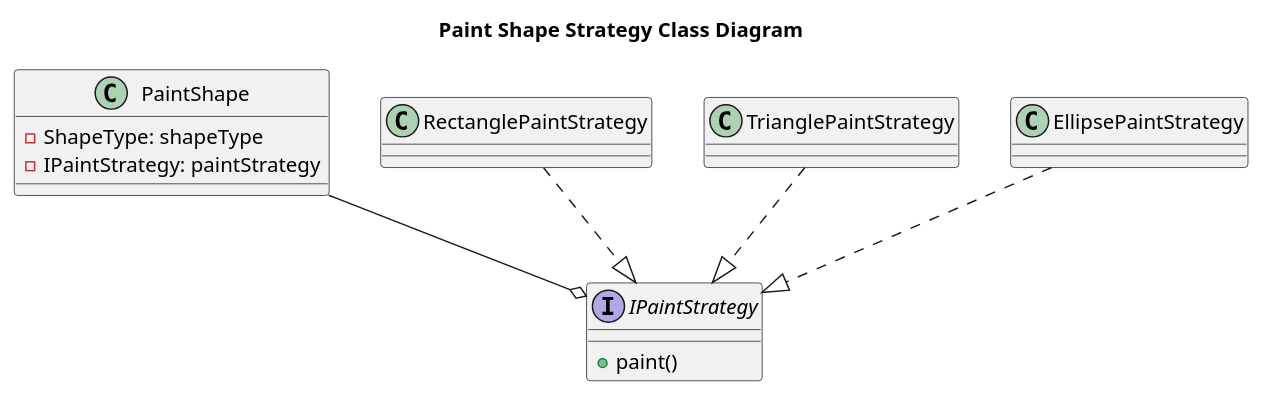
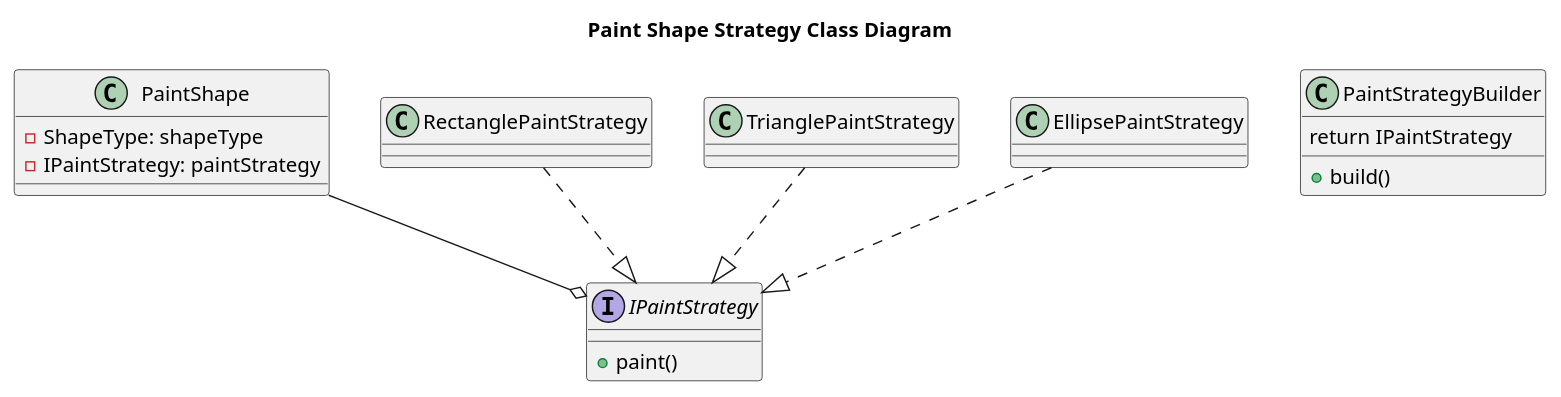
Before and after one commit to johnsmillie-portfolio/SE450-JPaint: the diagram in documentation/paint shape strategy class diagram.plantuml, drawn with PlantUML. The commit also changed 8 other files, not shown here.

```diff
--- a/documentation/paint shape strategy class diagram.plantuml
+++ b/documentation/paint shape strategy class diagram.plantuml
@@ -1,27 +1,31 @@
 @startuml paint shape strategy class diagram 
 title Paint Shape Strategy Class Diagram 
 
 class PaintShape {
     - ShapeType: shapeType
     - IPaintStrategy: paintStrategy
 }
 
 interface IPaintStrategy {
     + paint()
+}
+class PaintStrategyBuilder {
+    +build() 
+    return IPaintStrategy
 }
 
 class RectanglePaintStrategy {
 }
 
 class TrianglePaintStrategy {
 }
  
 class EllipsePaintStrategy {
 }
 
 RectanglePaintStrategy ..|> IPaintStrategy
 TrianglePaintStrategy ..|> IPaintStrategy
 EllipsePaintStrategy ..|> IPaintStrategy
 PaintShape --o IPaintStrategy
 
 @enduml
```
